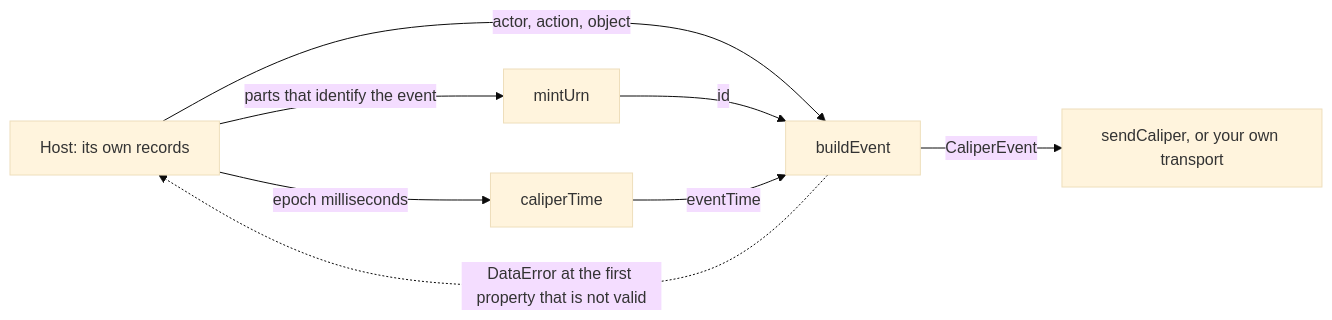
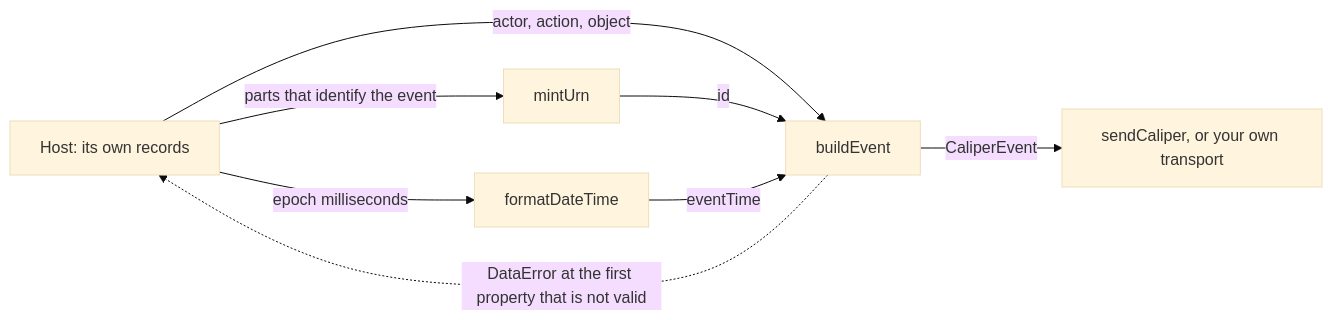
Before and after one commit to interopkit/interopkit: the diagram in docs/learning-analytics/build.md, drawn with Mermaid (base theme). The commit also changed other lines of this file and 368 other files, not shown here.

````diff
--- a/docs/learning-analytics/build.md
+++ b/docs/learning-analytics/build.md
@@ -7,10 +7,10 @@
 ```mermaid
 flowchart LR
   host["Host: its own records"] -->|"parts that identify the event"| mint["mintUrn"]
-  host -->|"epoch milliseconds"| time["caliperTime"]
+  host -->|"epoch milliseconds"| time["formatDateTime"]
   host -->|"actor, action, object"| build["buildEvent"]
   mint -->|"id"| build
   time -->|"eventTime"| build
   build -->|"CaliperEvent"| out["sendCaliper, or your own transport"]
   build -.->|"DataError at the first property that is not valid"| host
 ```
````
